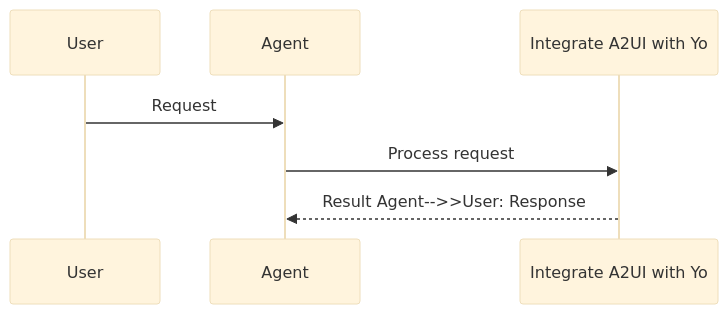
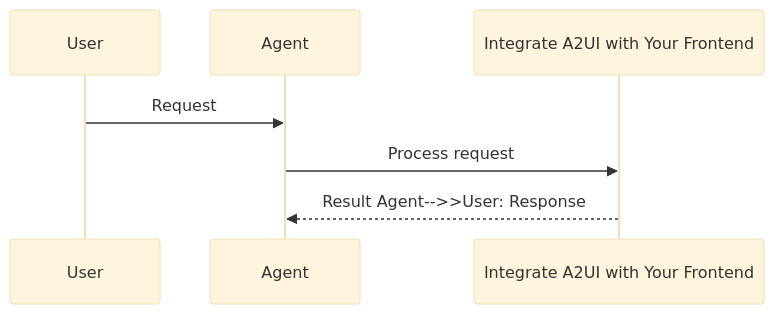
The second of 2 diagrams in docs/features/integrate-a2ui-frontend.mdx (MervinPraison/PraisonAIDocs), drawn with Mermaid (base theme) before and after one commit. The commit also changed 45 other files, not shown here.

First line of the commit message:
docs: fix truncated Mermaid diagram feature names (22-char cutoff)

````diff
--- a/docs/features/integrate-a2ui-frontend.mdx
+++ b/docs/features/integrate-a2ui-frontend.mdx
@@ -39,10 +39,10 @@
 ```mermaid
 sequenceDiagram
     participant User
     participant Agent
-    participant Feature as Integrate A2UI with Yo
+    participant Feature as Integrate A2UI with Your Frontend
 
     User->>Agent: Request
     Agent->>Feature: Process request
     Feature-->>Agent: Result    Agent-->>User: Response
 ```
````
